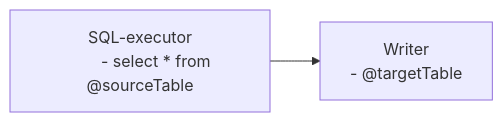
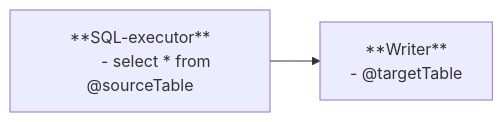
One commit to MichaelLangbein/tdl2 changed the fourth of 5 diagrams in backend/data/wiki/programming/fme.md. Above: the diagram before and after it, drawn with Mermaid. The commit also changed other lines of this file, not shown here.

````diff
--- a/backend/data/wiki/programming/fme.md
+++ b/backend/data/wiki/programming/fme.md
@@ -79,6 +79,6 @@
 ```mermaid
 flowchart LR
-    A[SQL-executor
-        - select * from @sourceTable] --> B[Writer
+    A[**SQL-executor**
+        - select * from @sourceTable] --> B[**Writer**
                                             - @targetTable]
 ```
````
